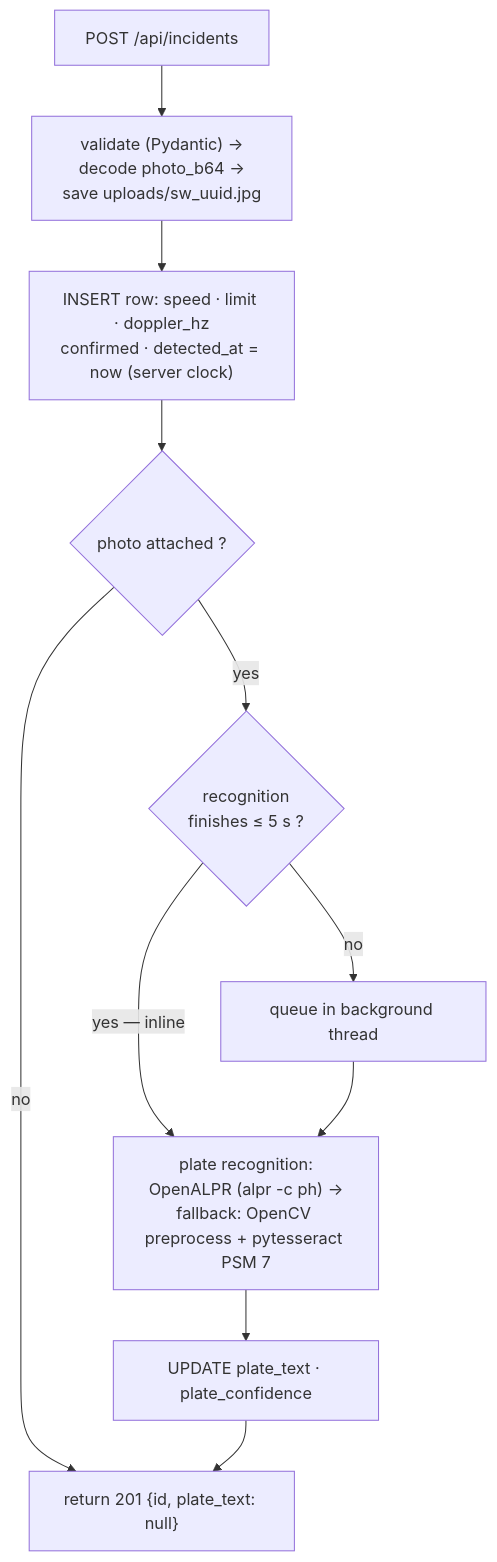
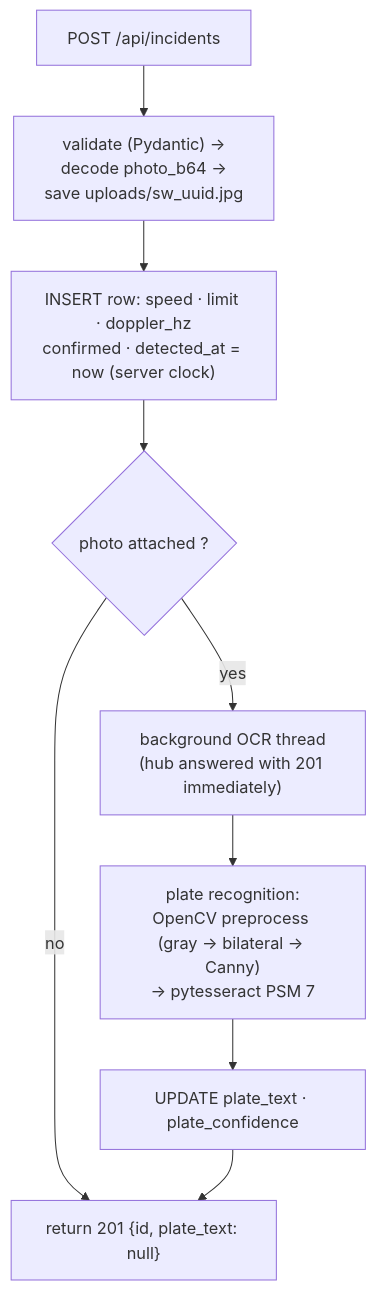
Before and after one commit to qppd/safeway: the third of 4 diagrams in docs/FLOWCHART.md, drawn with Mermaid. The commit also changed other lines of this file and 11 other files, not shown here.

````diff
--- a/docs/FLOWCHART.md
+++ b/docs/FLOWCHART.md
@@ -65,13 +65,11 @@
 ```mermaid
 flowchart TB
     REQ["POST /api/incidents"] --> VAL["validate (Pydantic) →<br/>decode photo_b64 →<br/>save uploads/sw_uuid.jpg"]
     VAL --> INS["INSERT row: speed · limit · doppler_hz<br/>confirmed · detected_at = now (server clock)"]
     INS --> PHOTO{"photo attached ?"}
     PHOTO -- "no" --> R201["return 201 {id, plate_text: null}"]
-    PHOTO -- "yes" --> FAST{"recognition<br/>finishes ≤ 5 s ?"}
-    FAST -- "yes — inline" --> OCR["plate recognition:<br/>OpenALPR (alpr -c ph) →<br/>fallback: OpenCV preprocess + pytesseract PSM 7"]
-    FAST -- "no" --> BG["queue in background thread"]
-    BG --> OCR
+    PHOTO -- "yes" --> BG["background OCR thread<br/>(hub answered with 201 immediately)"]
+    BG --> OCR["plate recognition:<br/>OpenCV preprocess (gray → bilateral → Canny)<br/>→ pytesseract PSM 7"]
     OCR --> UPD["UPDATE plate_text · plate_confidence"]
     UPD --> R201
 ```
````
